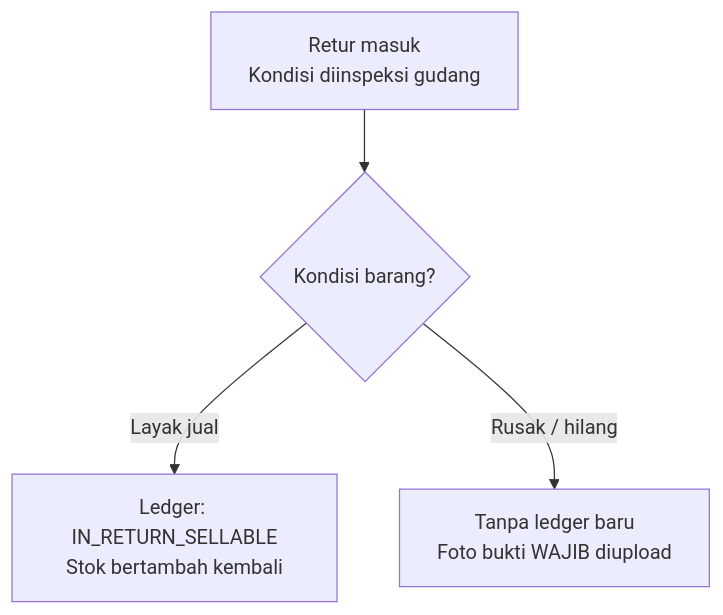
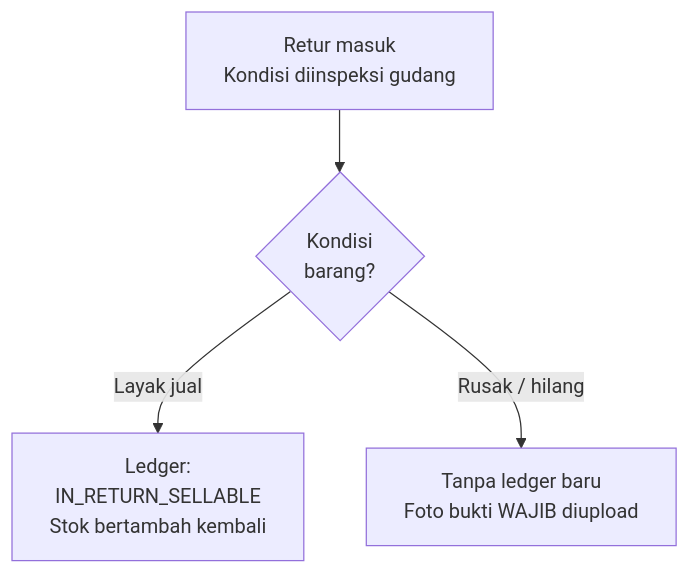
One commit to damosfxa/Celo_Skincare changed the second of 3 diagrams in README.md. Above: the diagram before and after it, drawn with Mermaid. The commit also changed other lines of this file, not shown here.

Commit message:
docs: fix mermaid text truncation with line breaks

````diff
--- a/README.md
+++ b/README.md
@@ -60,6 +60,6 @@
 ```mermaid
 flowchart TD
-    A["Retur masuk<br/>Kondisi diinspeksi gudang"] --> B{Kondisi barang?}
-    B -->|Layak jual| C["Ledger: IN_RETURN_SELLABLE<br/>Stok bertambah kembali"]
-    B -->|Rusak / hilang| D["Tanpa ledger baru<br/>Foto bukti WAJIB diupload"]
+    A[" Retur masuk <br/> Kondisi diinspeksi gudang "] --> B{ Kondisi <br/> barang? }
+    B -->|Layak jual| C[" Ledger: <br/> IN_RETURN_SELLABLE <br/> Stok bertambah kembali "]
+    B -->|Rusak / hilang| D[" Tanpa ledger baru <br/> Foto bukti WAJIB diupload "]
 ```
````
